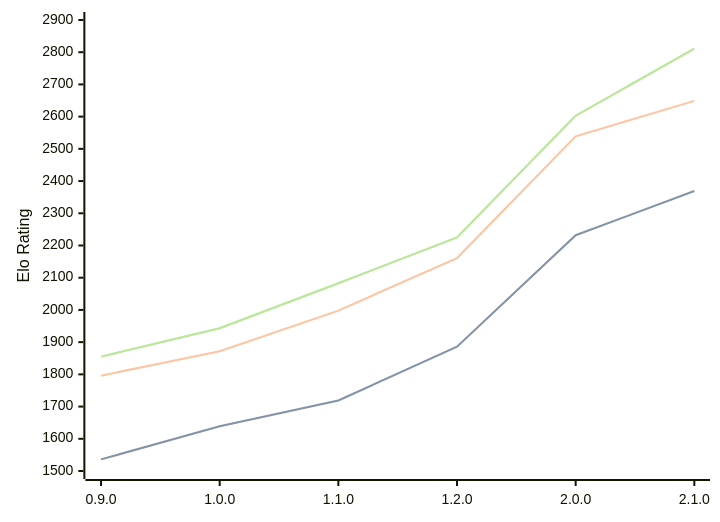
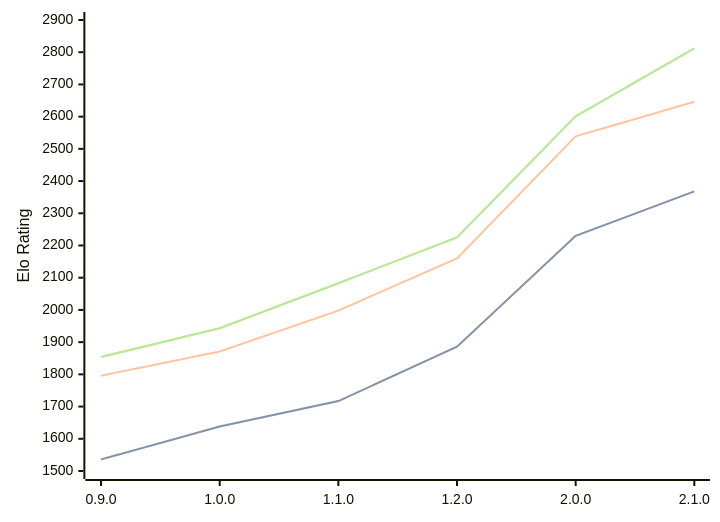
Before and after one commit to computer-chess-index/cci: the diagram in engines/Ratsu.md, drawn with Mermaid. The commit also changed other lines of this file, not shown here.

Commit message:
Update CCI Ratings (ELO VLTC) - 2026-07-27

````diff
--- a/engines/Ratsu.md
+++ b/engines/Ratsu.md
@@ -36,11 +36,11 @@
 ```mermaid
 %%{init: {"theme":"base","themeVariables":{"seriesColors:['#a3a3a3','#222221','#faa371']}}}%%
 xychart-beta
   x-axis ["0.9.0", "1.0.0", "1.1.0", "1.2.0", "2.0.0", "2.1.0"]
   y-axis "Elo Rating" 1500 --> 2900
-  line "STC (8.0+0.08s)" [1536, 1639, 1719, 1886, 2232, 2369]
-  line "STC (8.0+0.08s)" [1536, 1639, 1719, 1886, 2232, 2369]
-  line "LTC (60.0+0.60s)" [1796, 1872, 1998, 2161, 2539, 2649]
-  line "VLTC (2m24s+1.12s)" [1855, 1943, 2083, 2225, 2603, 2811]
-  line "VLTC (2m24s+1.12s)" [1855, 1943, 2083, 2225, 2603, 2811]
+  line "STC (8.0+0.08s)" [1536, 1638, 1717, 1886, 2230, 2368]
+  line "STC (8.0+0.08s)" [1536, 1638, 1717, 1886, 2230, 2368]
+  line "LTC (60.0+0.60s)" [1796, 1871, 1998, 2160, 2539, 2646]
+  line "VLTC (2m24s+1.12s)" [1854, 1943, 2083, 2225, 2601, 2812]
+  line "VLTC (2m24s+1.12s)" [1854, 1943, 2083, 2225, 2601, 2812]
 ```
````
